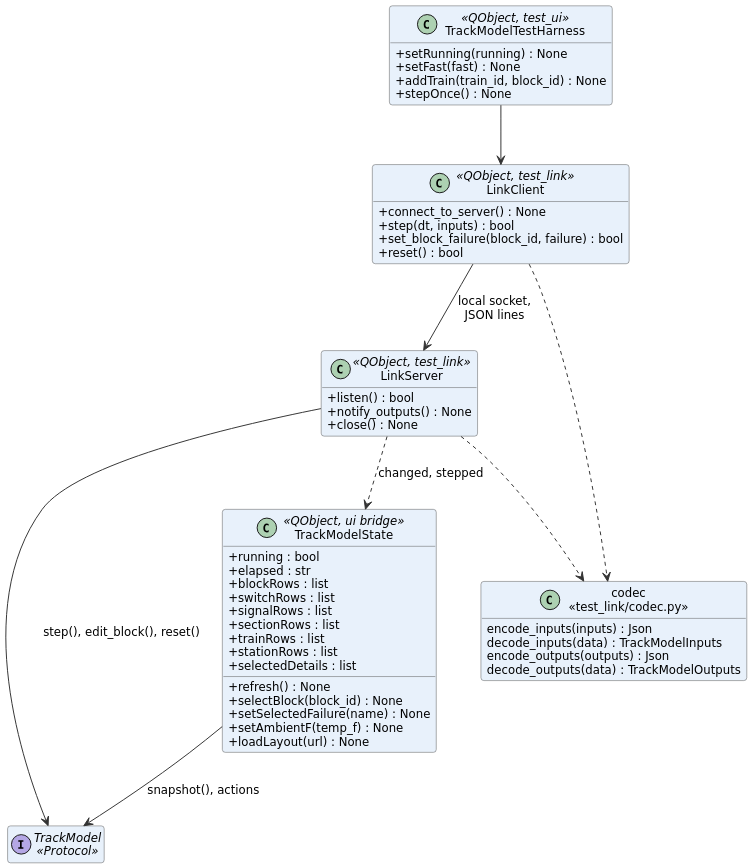
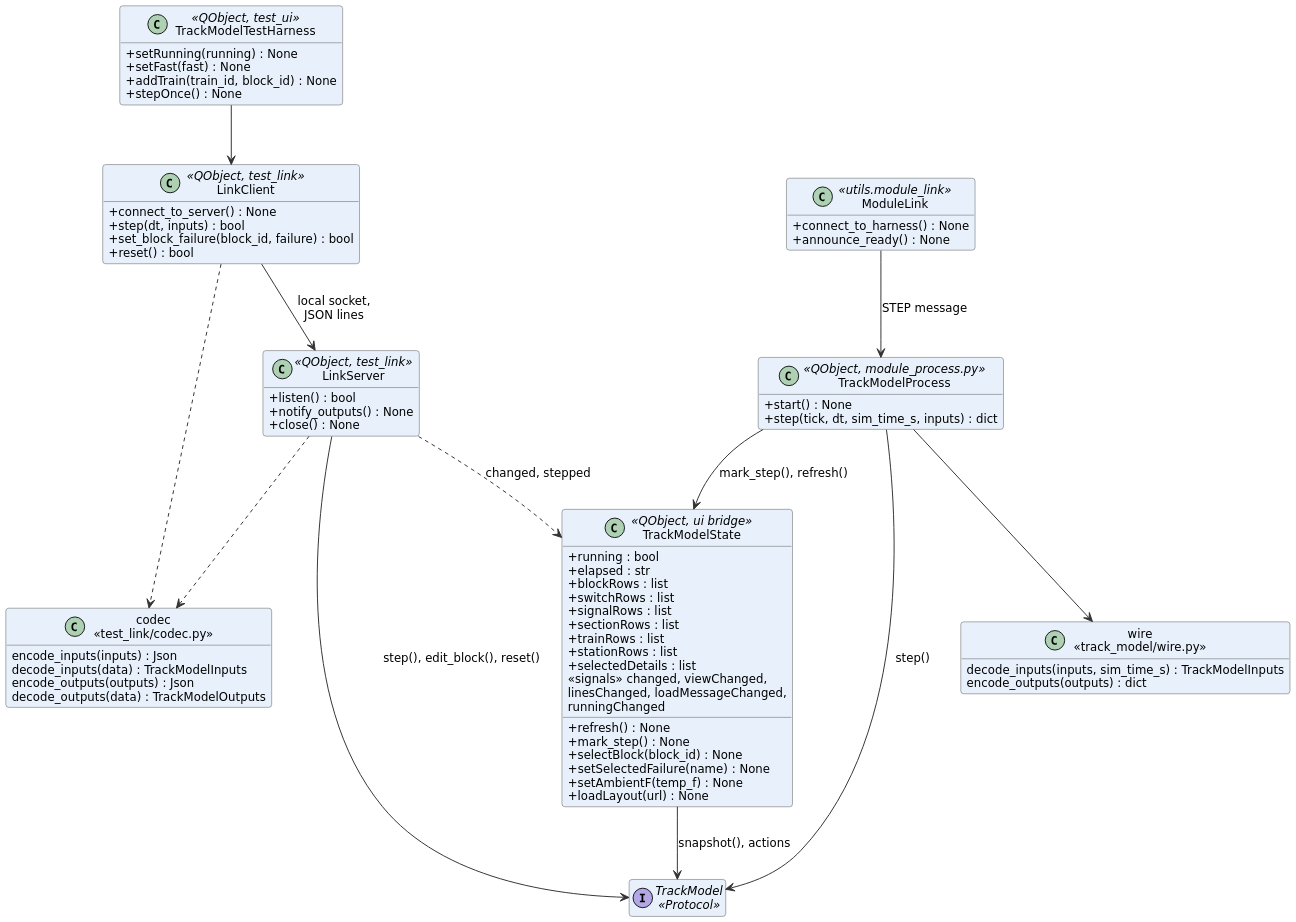
One commit to Landiss04/Track-Overflow changed the diagram in documents/uml/track_model/05_class_ui.puml. Above: the diagram before and after it, drawn with PlantUML. The commit also changed 14 other files, not shown here.

First line of the commit message:
Track Model SDD: class diagrams show every function the sequences use

```diff
--- a/documents/uml/track_model/05_class_ui.puml
+++ b/documents/uml/track_model/05_class_ui.puml
@@ -1,62 +1,82 @@
 @startuml
 skinparam shadowing false
 skinparam dpi 170
 skinparam defaultFontName DejaVu Sans
 skinparam defaultFontSize 12
 skinparam roundCorner 6
 skinparam ArrowColor #333333
 skinparam BackgroundColor white
 skinparam classAttributeIconSize 0
 skinparam classBackgroundColor #E8F1FB
 skinparam classBorderColor #555555
 hide empty members
 skinparam nodesep 45
 skinparam ranksep 60
 interface "TrackModel\n<<Protocol>>" as P
 class TrackModelState <<QObject, ui bridge>> {
   +running : bool
   +elapsed : str
   +blockRows : list
   +switchRows : list
   +signalRows : list
   +sectionRows : list
   +trainRows : list
   +stationRows : list
   +selectedDetails : list
   +refresh() : None
+  +mark_step() : None
   +selectBlock(block_id) : None
   +setSelectedFailure(name) : None
   +setAmbientF(temp_f) : None
   +loadLayout(url) : None
+  <<signals>> changed, viewChanged,
+  linesChanged, loadMessageChanged,
+  runningChanged
 }
 class LinkServer <<QObject, test_link>> {
   +listen() : bool
   +notify_outputs() : None
   +close() : None
 }
 class LinkClient <<QObject, test_link>> {
   +connect_to_server() : None
   +step(dt, inputs) : bool
   +set_block_failure(block_id, failure) : bool
   +reset() : bool
 }
 class TrackModelTestHarness <<QObject, test_ui>> {
   +setRunning(running) : None
   +setFast(fast) : None
   +addTrain(train_id, block_id) : None
   +stepOnce() : None
 }
+class TrackModelProcess <<QObject, module_process.py>> {
+  +start() : None
+  +step(tick, dt, sim_time_s, inputs) : dict
+}
+class ModuleLink <<utils.module_link>> {
+  +connect_to_harness() : None
+  +announce_ready() : None
+}
+class "wire\n<<track_model/wire.py>>" as WI {
+  decode_inputs(inputs, sim_time_s) : TrackModelInputs
+  encode_outputs(outputs) : dict
+}
 class "codec\n<<test_link/codec.py>>" as CD {
   encode_inputs(inputs) : Json
   decode_inputs(data) : TrackModelInputs
   encode_outputs(outputs) : Json
   decode_outputs(data) : TrackModelOutputs
 }
 TrackModelState --> P : snapshot(), actions
 LinkServer --> P : step(), edit_block(), reset()
 LinkServer ..> CD
 LinkClient ..> CD
 LinkClient --> LinkServer : local socket,\nJSON lines
 TrackModelTestHarness --> LinkClient
+ModuleLink --> TrackModelProcess : STEP message
+TrackModelProcess --> WI
+TrackModelProcess --> P : step()
+TrackModelProcess --> TrackModelState : mark_step(), refresh()
 LinkServer ..> TrackModelState : changed, stepped
 @enduml
```
